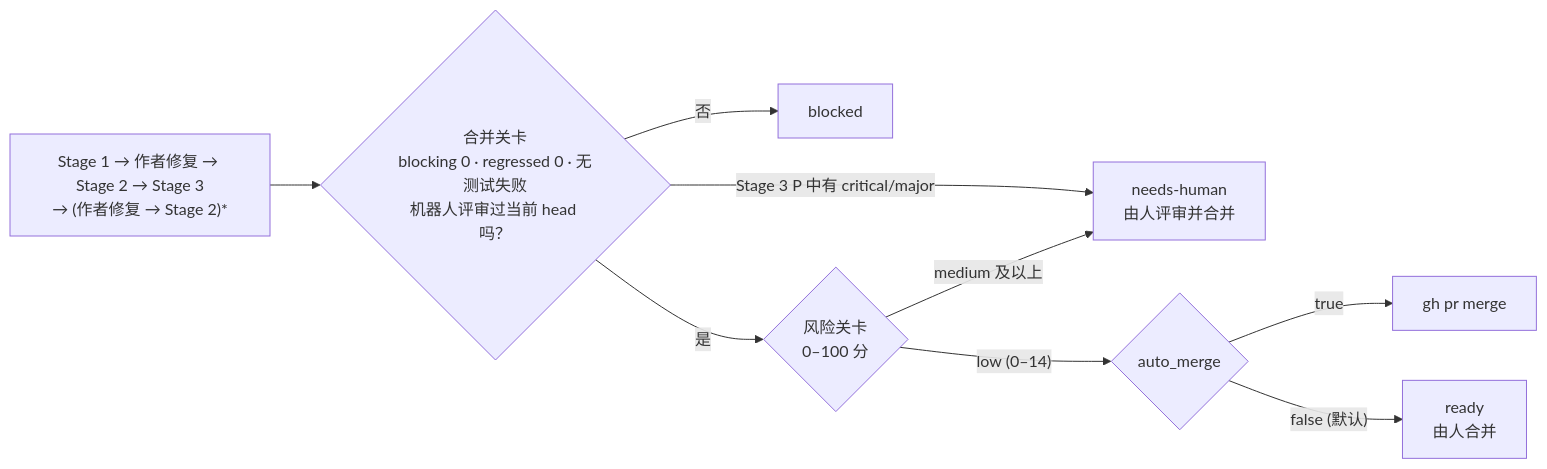
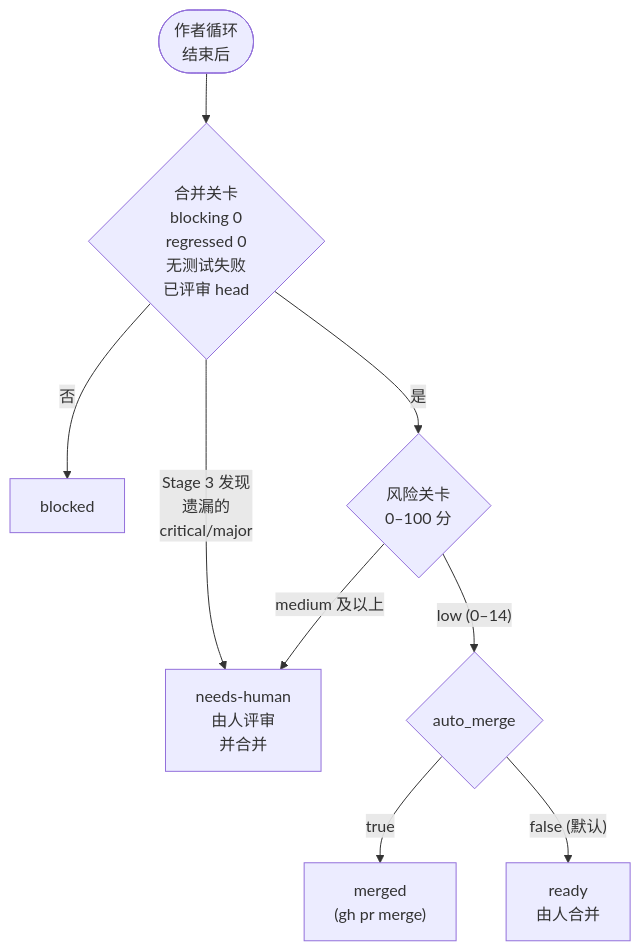
Before and after one commit to thswlsqls/pr-quorum: the second of 4 diagrams in README.zh-CN.md, drawn with Mermaid. The commit also changed other lines of this file and 1 other file, not shown here.

Commit message:
docs : [docs/readme-diagrams] Bring the translations up to 12d880f

````diff
--- a/README.zh-CN.md
+++ b/README.zh-CN.md
@@ -27,11 +41,11 @@
 ```mermaid
-flowchart LR
-  C["Stage 1 → 作者修复 → Stage 2 → Stage 3<br/>→ (作者修复 → Stage 2)*"] --> MG{"合并关卡<br/>blocking 0 · regressed 0 · 无测试失败<br/>机器人评审过当前 head 吗？"}
+flowchart TD
+  G(["作者循环<br/>结束后"]) --> MG{"合并关卡<br/>blocking 0<br/>regressed 0<br/>无测试失败<br/>已评审 head"}
   MG -- "否" --> B[blocked]
-  MG -- "Stage 3 P 中有 critical/major" --> H
+  MG -- "Stage 3 发现<br/>遗漏的<br/>critical/major" --> H
   MG -- "是" --> RG{"风险关卡<br/>0–100 分"}
   RG -- "low (0–14)" --> A{"auto_merge"}
-  A -- true --> M[gh pr merge]
+  A -- true --> M["merged<br/>(gh pr merge)"]
   A -- "false (默认)" --> R["ready<br/>由人合并"]
-  RG -- "medium 及以上" --> H["needs-human<br/>由人评审并合并"]
+  RG -- "medium 及以上" --> H["needs-human<br/>由人评审<br/>并合并"]
 ```
````
